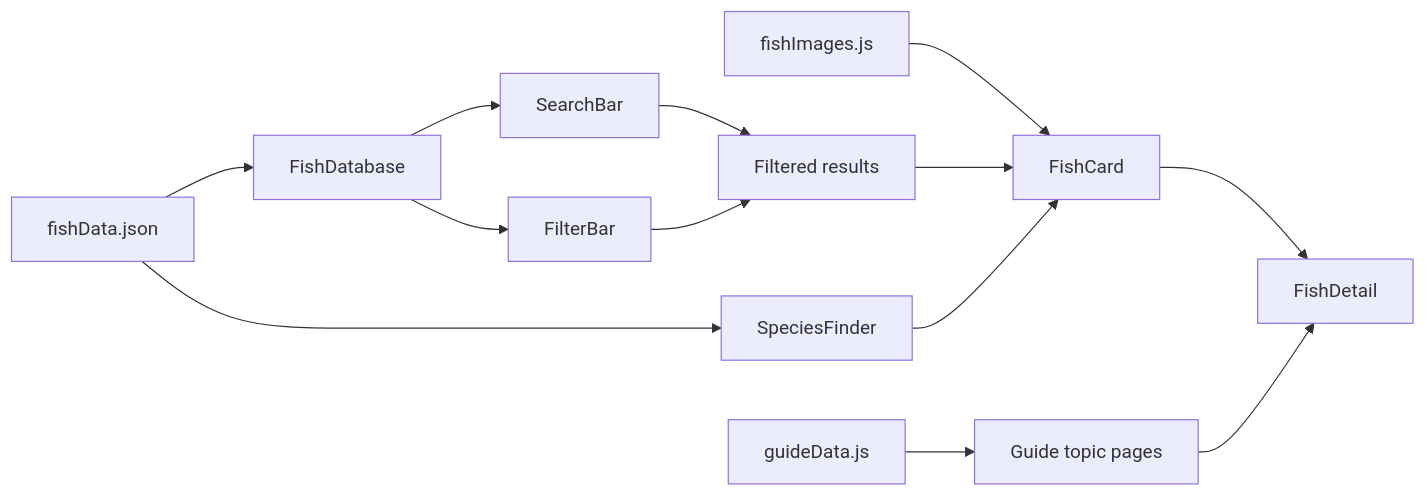
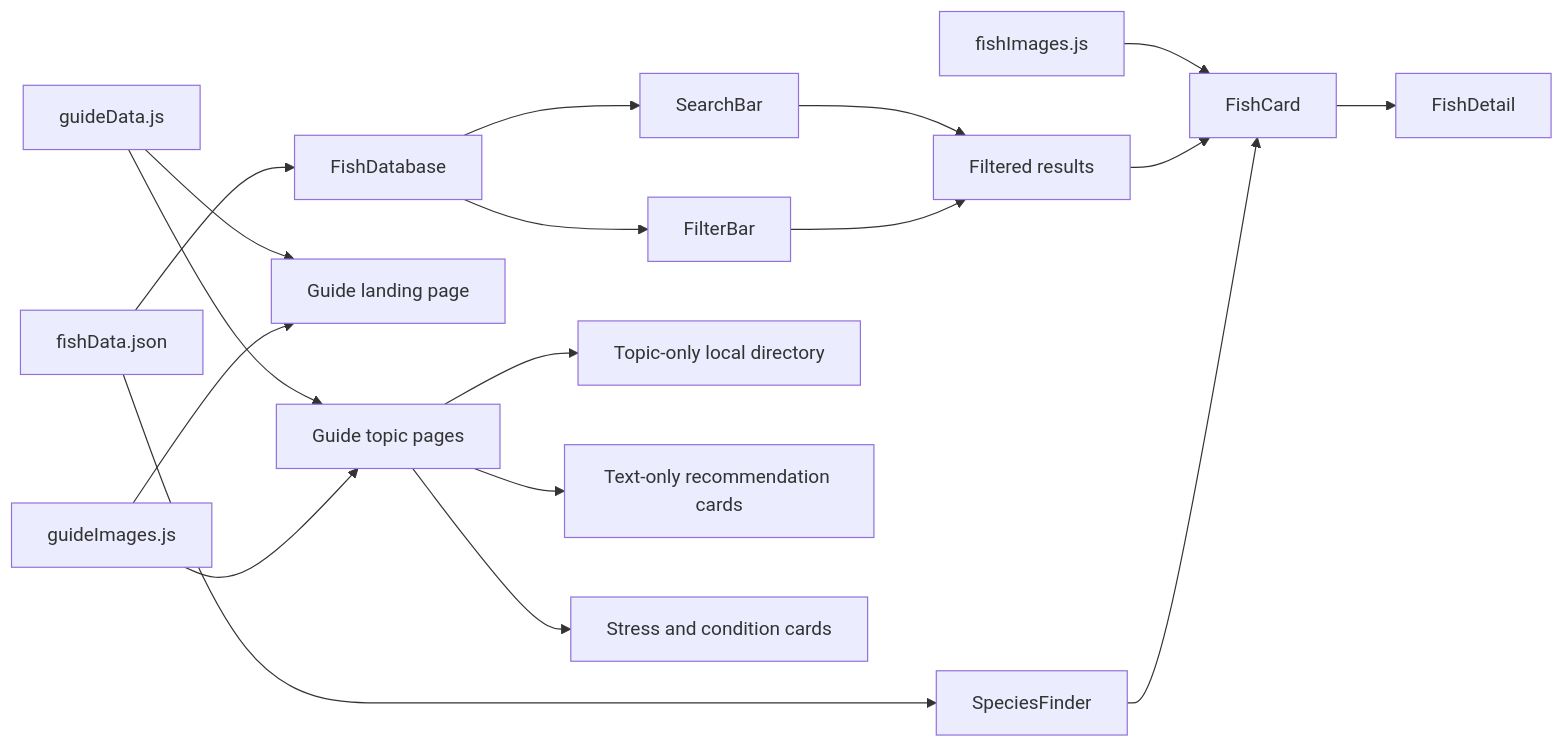
One commit to nnanwang/fish-website-project changed the diagram in README.md. Above: the diagram before and after it, drawn with Mermaid. The commit also changed other lines of this file and 15 other files, not shown here.

````diff
--- a/README.md
+++ b/README.md
@@ -120,15 +163,20 @@
 ```mermaid
 flowchart LR
     JSON[fishData.json] --> DB[FishDatabase]
     MAP[fishImages.js] --> CARD[FishCard]
     DB --> SEARCH[SearchBar]
     DB --> FILTER[FilterBar]
     SEARCH --> RESULT[Filtered results]
     FILTER --> RESULT
     RESULT --> CARD
     CARD --> DETAIL[FishDetail]
     JSON --> FINDER[SpeciesFinder]
     FINDER --> CARD
-    GUIDE[guideData.js] --> TOPICS[Guide topic pages]
-    TOPICS --> DETAIL
+    GUIDE[guideData.js] --> LANDING[Guide landing page]
+    GUIDE --> TOPICS[Guide topic pages]
+    COVERS[guideImages.js] --> LANDING
+    COVERS --> TOPICS
+    TOPICS --> TOC[Topic-only local directory]
+    TOPICS --> STATIC[Text-only recommendation cards]
+    TOPICS --> HEALTH[Stress and condition cards]
 ```
````
